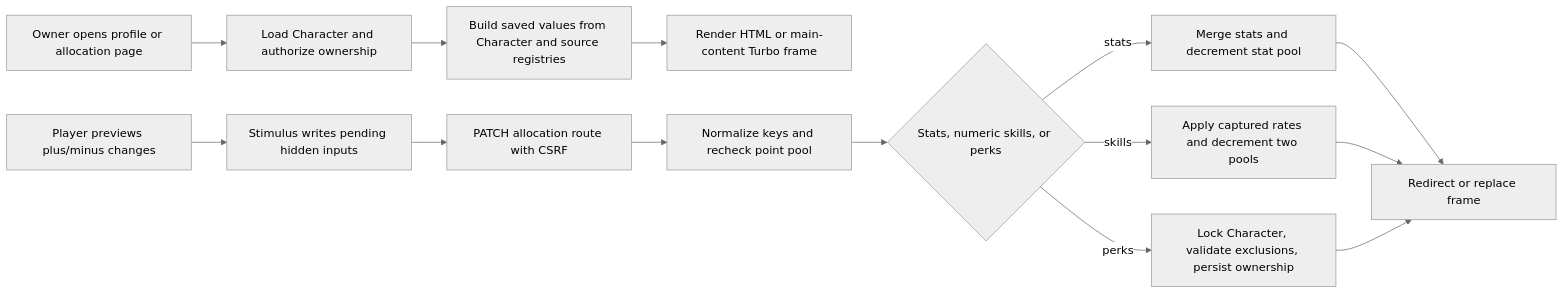
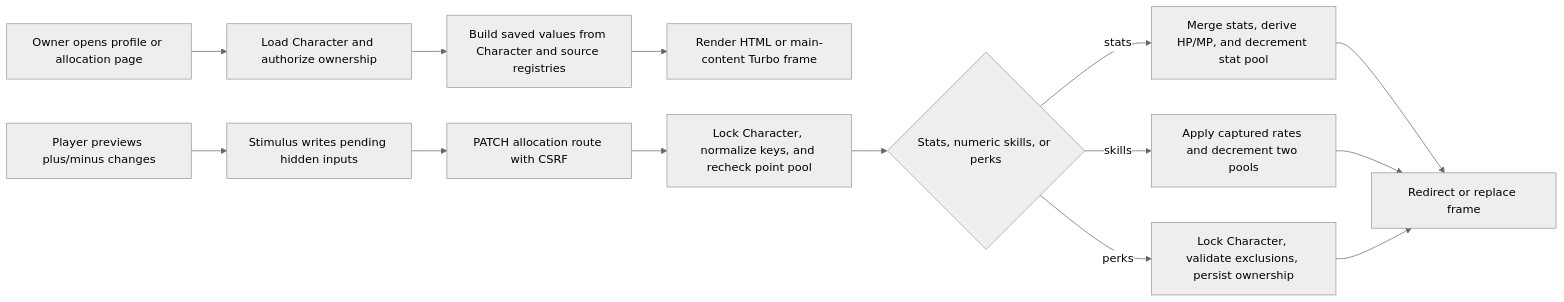
One commit to lukin-io/mmorpg changed the diagram in doc/features/character_progression.md. Above: the diagram before and after it, drawn with Mermaid (neutral theme). The commit also changed other lines of this file and 80 other files, not shown here.

````diff
--- a/doc/features/character_progression.md
+++ b/doc/features/character_progression.md
@@ -217,16 +230,16 @@
 ```mermaid
 flowchart LR
     A["Owner opens profile or allocation page"] --> B["Load Character and authorize ownership"]
     B --> C["Build saved values from Character and source registries"]
     C --> D["Render HTML or main-content Turbo frame"]
     E["Player previews plus/minus changes"] --> F["Stimulus writes pending hidden inputs"]
     F --> G["PATCH allocation route with CSRF"]
-    G --> H["Normalize keys and recheck point pool"]
+    G --> H["Lock Character, normalize keys, and recheck point pool"]
     H --> I{"Stats, numeric skills, or perks"}
-    I -->|stats| J["Merge stats and decrement stat pool"]
+    I -->|stats| J["Merge stats, derive HP/MP, and decrement stat pool"]
     I -->|skills| K["Apply captured rates and decrement two pools"]
     I -->|perks| L["Lock Character, validate exclusions, persist ownership"]
     J --> M["Redirect or replace frame"]
     K --> M
     L --> M
 ```
````
